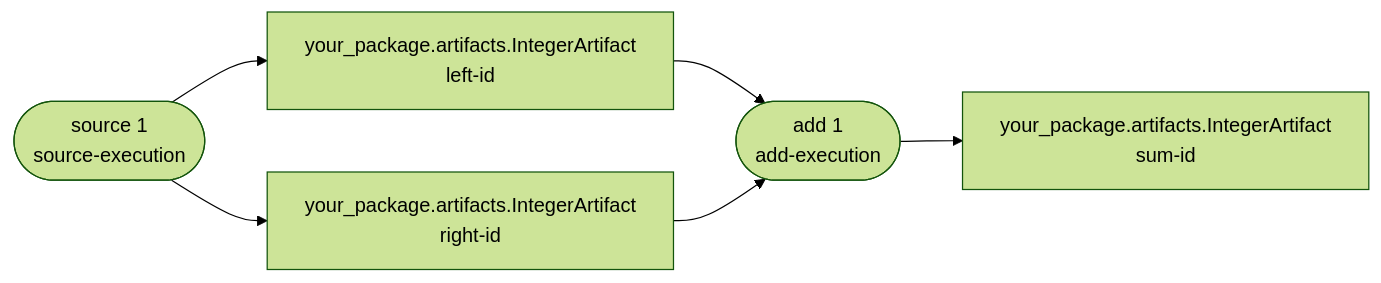
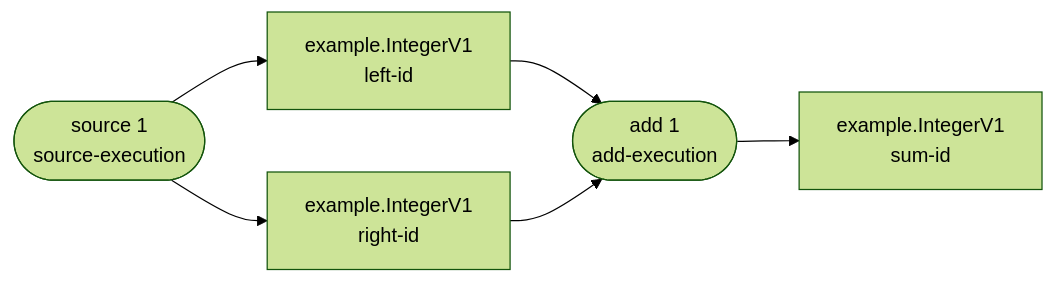
The second of 2 diagrams in README.md (SirDavidLudwig/provium), drawn with Mermaid (forest theme) before and after one commit. The commit also changed other lines of this file and 30 other files, not shown here.

````diff
--- a/README.md
+++ b/README.md
@@ -162,14 +165,14 @@
 ```mermaid
 flowchart LR
     source(["source 1<br/>source-execution"])
-    left["your_package.artifacts.IntegerArtifact<br/>left-id"]
-    right["your_package.artifacts.IntegerArtifact<br/>right-id"]
+    left["example.IntegerV1<br/>left-id"]
+    right["example.IntegerV1<br/>right-id"]
     add(["add 1<br/>add-execution"])
-    total["your_package.artifacts.IntegerArtifact<br/>sum-id"]
+    total["example.IntegerV1<br/>sum-id"]
 
     source --> left
     source --> right
     left --> add
     right --> add
     add --> total
 ```
````
